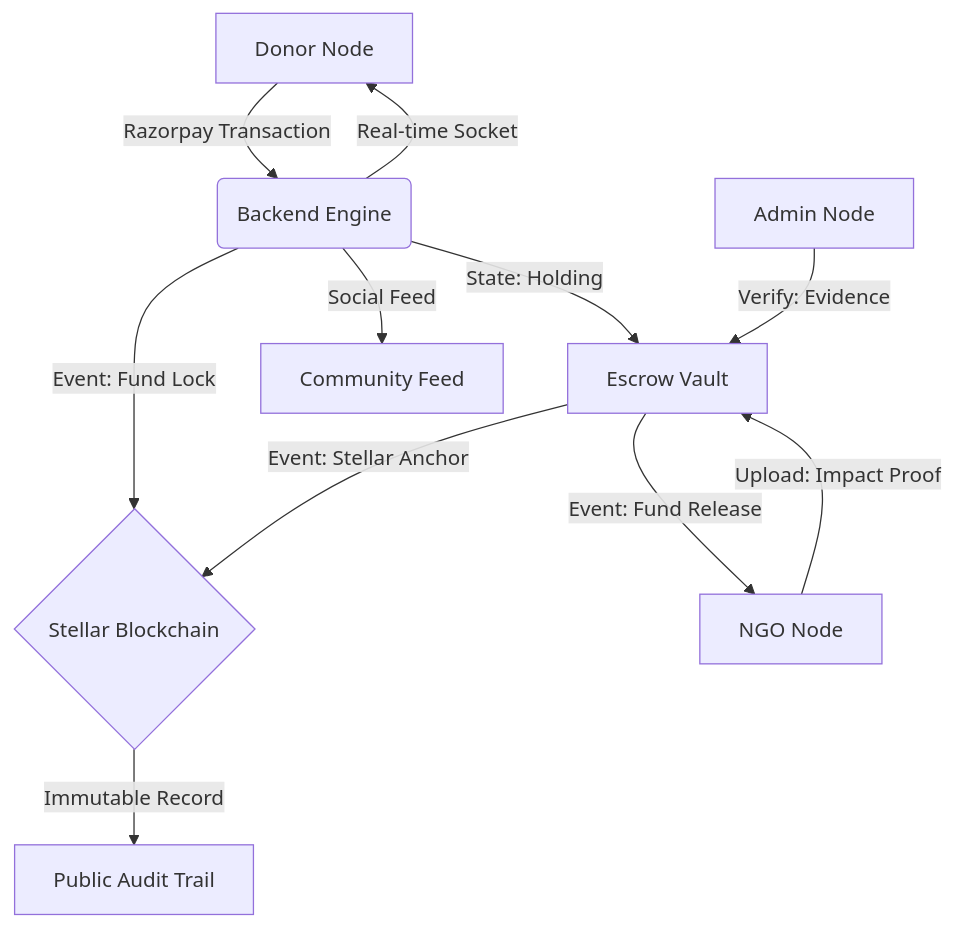
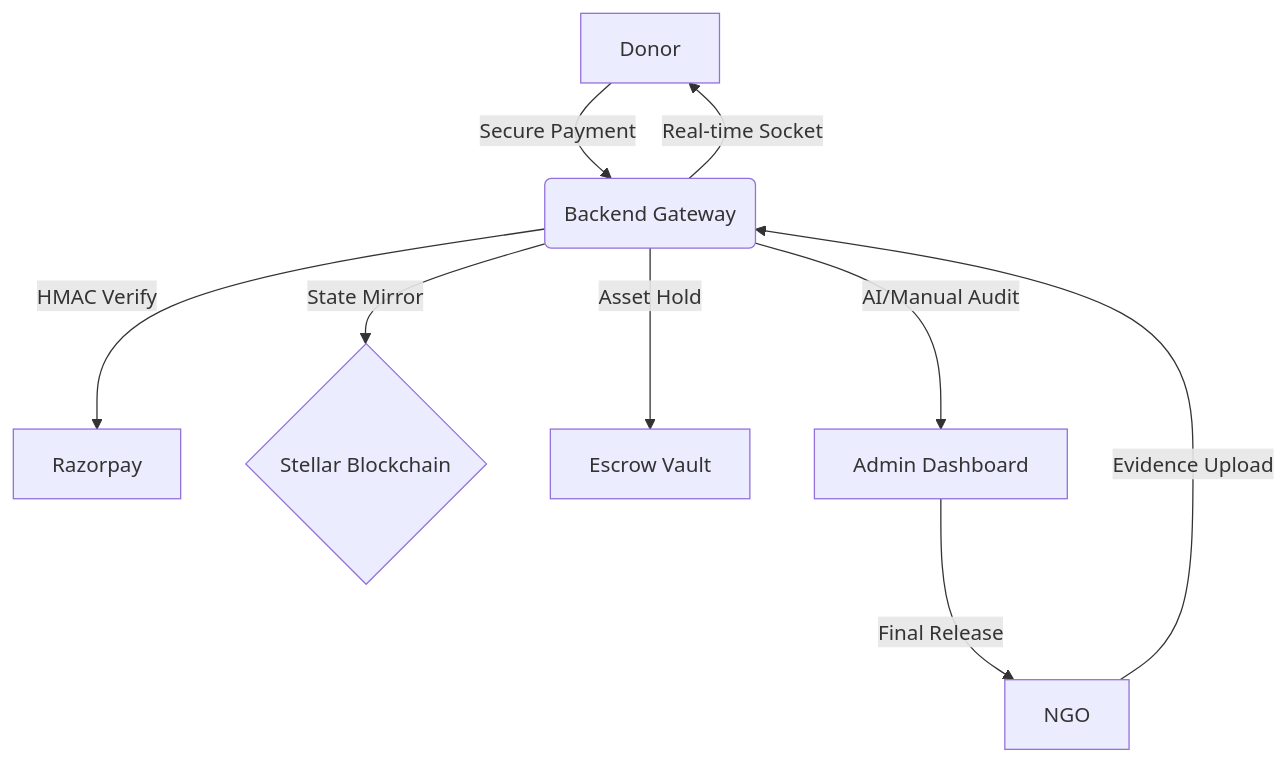
The first of 2 diagrams in README.md (Ronit178693/DonerHQ), drawn with Mermaid before and after one commit. The commit also changed other lines of this file, not shown here.

````diff
--- a/README.md
+++ b/README.md
@@ -49,13 +62,11 @@
 ```mermaid
 graph TD
-    A[Donor Node] -->|Razorpay Transaction| B(Backend Engine)
-    B -->|Event: Fund Lock| C{Stellar Blockchain}
-    C -->|Immutable Record| D[Public Audit Trail]
-    B -->|State: Holding| E[Escrow Vault]
-    F[NGO Node] -->|Upload: Impact Proof| E
-    G[Admin Node] -->|Verify: Evidence| E
-    E -->|Event: Fund Release| F
-    E -->|Event: Stellar Anchor| C
+    A[Donor] -->|Secure Payment| B(Backend Gateway)
+    B -->|HMAC Verify| C[Razorpay]
+    B -->|State Mirror| D{Stellar Blockchain}
+    B -->|Asset Hold| E[Escrow Vault]
+    F[NGO] -->|Evidence Upload| B
+    B -->|AI/Manual Audit| G[Admin Dashboard]
+    G -->|Final Release| F
     B -->|Real-time Socket| A
-    B -->|Social Feed| H[Community Feed]
 ```
````
